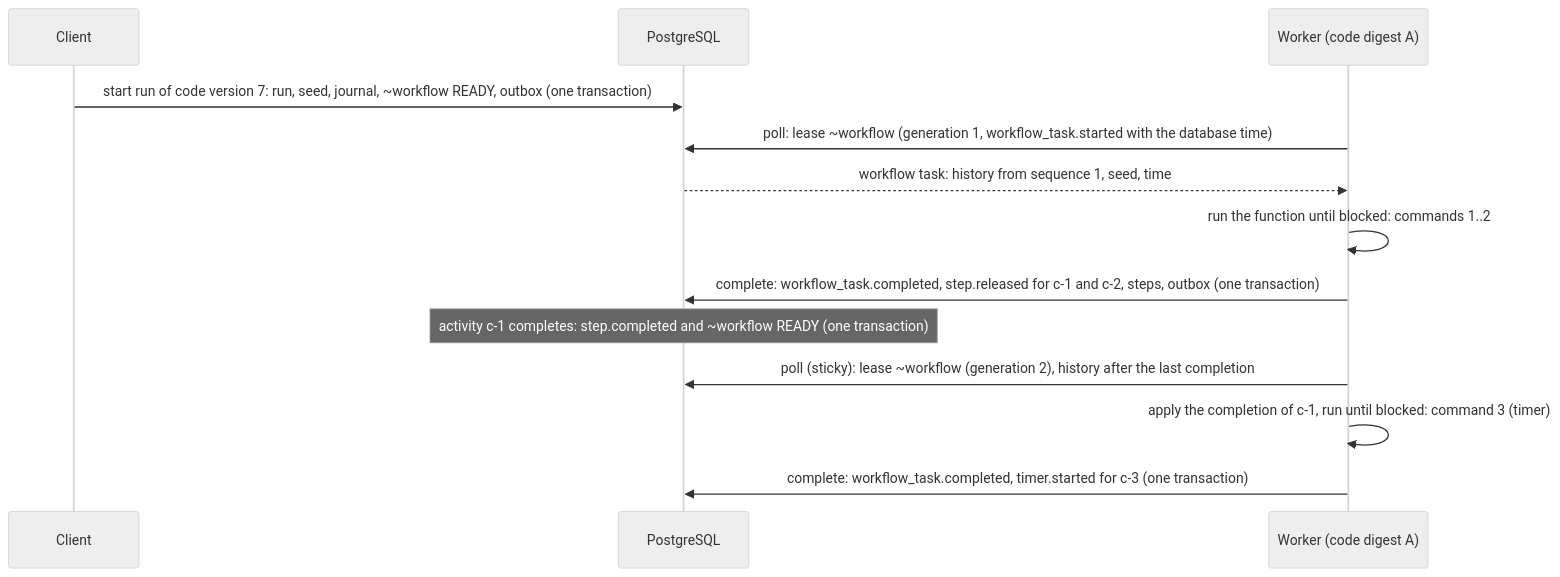
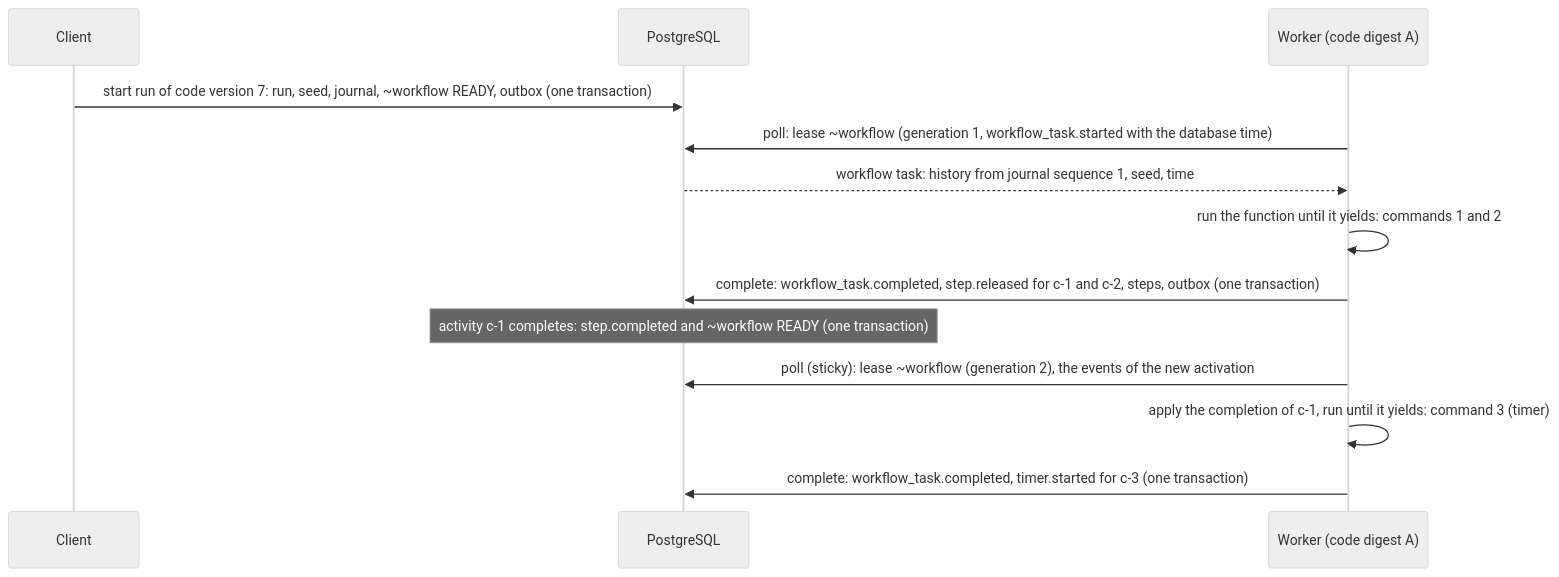
Before and after one commit to ortisun/sagat-octopus-orchestrator: the diagram in docs/designs/044-workflow-as-code.md, drawn with Mermaid (neutral theme). The commit also changed other lines of this file and 16 other files, not shown here.

````diff
--- a/docs/designs/044-workflow-as-code.md
+++ b/docs/designs/044-workflow-as-code.md
@@ -585,15 +686,15 @@
 ```mermaid
 sequenceDiagram
   participant C as Client
   participant DB as PostgreSQL
   participant W as Worker (code digest A)
   C->>DB: start run of code version 7: run, seed, journal, ~workflow READY, outbox (one transaction)
   W->>DB: poll: lease ~workflow (generation 1, workflow_task.started with the database time)
-  DB-->>W: workflow task: history from sequence 1, seed, time
-  W->>W: run the function until blocked: commands 1..2
+  DB-->>W: workflow task: history from journal sequence 1, seed, time
+  W->>W: run the function until it yields: commands 1 and 2
   W->>DB: complete: workflow_task.completed, step.released for c-1 and c-2, steps, outbox (one transaction)
   Note over DB: activity c-1 completes: step.completed and ~workflow READY (one transaction)
-  W->>DB: poll (sticky): lease ~workflow (generation 2), history after the last completion
-  W->>W: apply the completion of c-1, run until blocked: command 3 (timer)
+  W->>DB: poll (sticky): lease ~workflow (generation 2), the events of the new activation
+  W->>W: apply the completion of c-1, run until it yields: command 3 (timer)
   W->>DB: complete: workflow_task.completed, timer.started for c-3 (one transaction)
 ```
````
